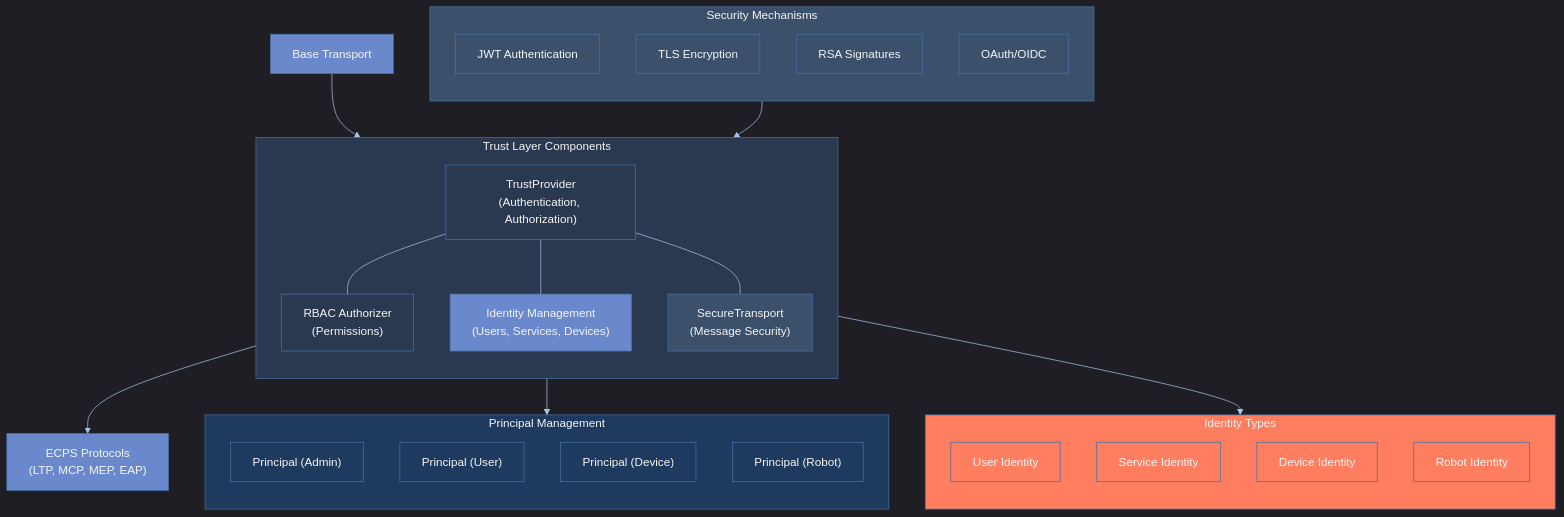
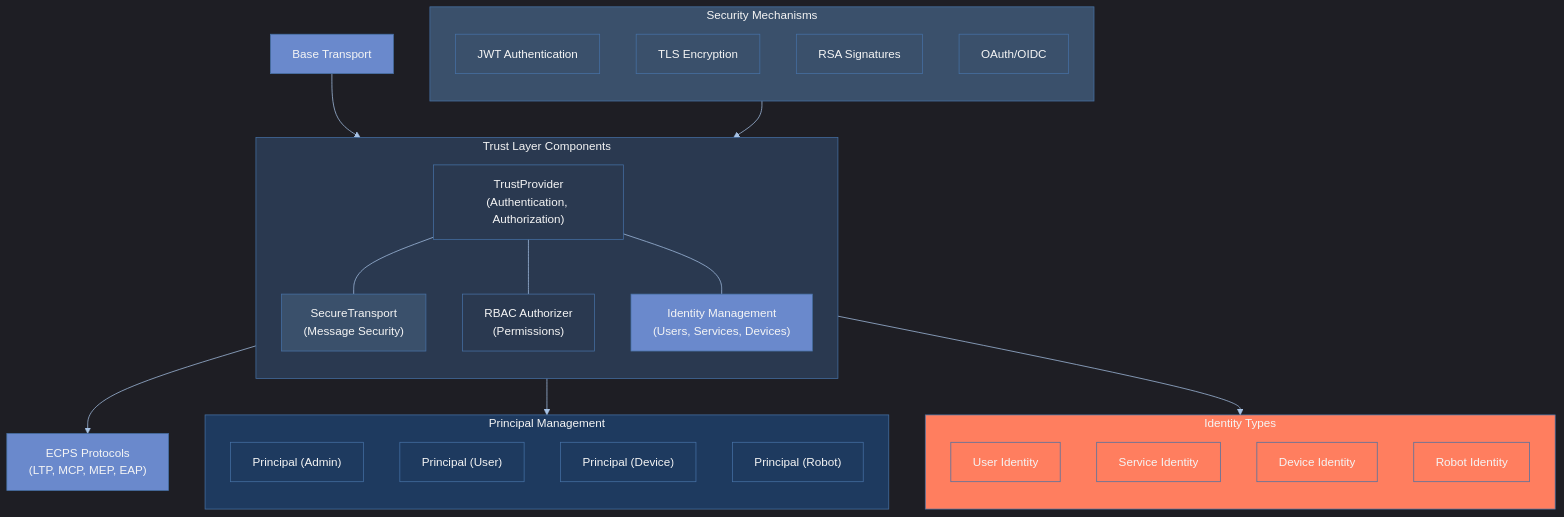
Before and after one commit to mbhatt1/ecps-sdk: the first of 4 diagrams in Readme.md, drawn with Mermaid. The commit also changed other lines of this file and 1 other file, not shown here.

Commit message:
Adding trust layer + fix diagrams

````diff
--- a/Readme.md
+++ b/Readme.md
@@ -231,57 +231,58 @@
 ```mermaid
 %%{init: {'theme': 'dark', 'themeVariables': { 'primaryColor': '#2a3950', 'primaryTextColor': '#f5f5f5', 'primaryBorderColor': '#4671a5', 'lineColor': '#a7c3e6', 'secondaryColor': '#3a506b', 'tertiaryColor': '#1e3a5f'}}}%%
 flowchart TB
+    BT["Base Transport"] --> ST
+    ST --> ECPS["ECPS Protocols<br/>(LTP, MCP, MEP, EAP)"]
+    TP --> Principals
+    ID --> Identities
+    Security --> TP
+    
     subgraph TrustLayer["Trust Layer Components"]
         direction TB
         TP["TrustProvider<br/>(Authentication, Authorization)"]
         ST["SecureTransport<br/>(Message Security)"]
         RBAC["RBAC Authorizer<br/>(Permissions)"]
         ID["Identity Management<br/>(Users, Services, Devices)"]
         
         TP --- RBAC
         TP --- ID
         TP --- ST
     end
     
     subgraph Principals["Principal Management"]
         direction TB
         P1["Principal (Admin)"]
         P2["Principal (User)"]
         P3["Principal (Device)"]
         P4["Principal (Robot)"]
     end
     
     subgraph Identities["Identity Types"]
         direction TB
         I1["User Identity"]
         I2["Service Identity"]
         I3["Device Identity"]
         I4["Robot Identity"]
     end
     
     subgraph Security["Security Mechanisms"]
         direction TB
         S1["JWT Authentication"]
         S2["TLS Encryption"]
         S3["RSA Signatures"]
         S4["OAuth/OIDC"]
     end
     
-    BT["Base Transport"] --> ST
-    ST --> ECPS["ECPS Protocols<br/>(LTP, MCP, MEP, EAP)"]
-    TP --> Principals
-    ID --> Identities
-    Security --> TP
-    
+    %% Styling
     classDef primary fill:#2a3950,stroke:#4671a5,color:#f5f5f5
     classDef secondary fill:#3a506b,stroke:#4671a5,color:#f5f5f5
     classDef tertiary fill:#1e3a5f,stroke:#4671a5,color:#f5f5f5
     classDef accent1 fill:#ff7e5f,stroke:#4671a5,color:#f5f5f5
     classDef accent2 fill:#6a89cc,stroke:#4671a5,color:#f5f5f5
     
     class TrustLayer,TP,RBAC primary
     class ST,Security,S1,S2,S3,S4 secondary
     class Principals,P1,P2,P3,P4 tertiary
     class Identities,I1,I2,I3,I4 accent1
     class ID,BT,ECPS accent2
 ```
````
